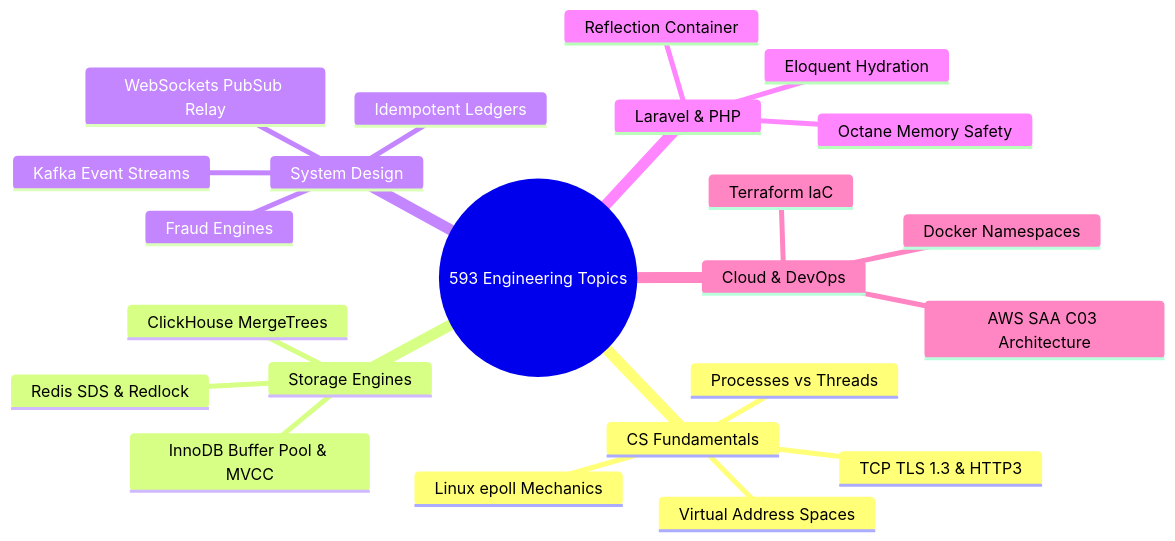
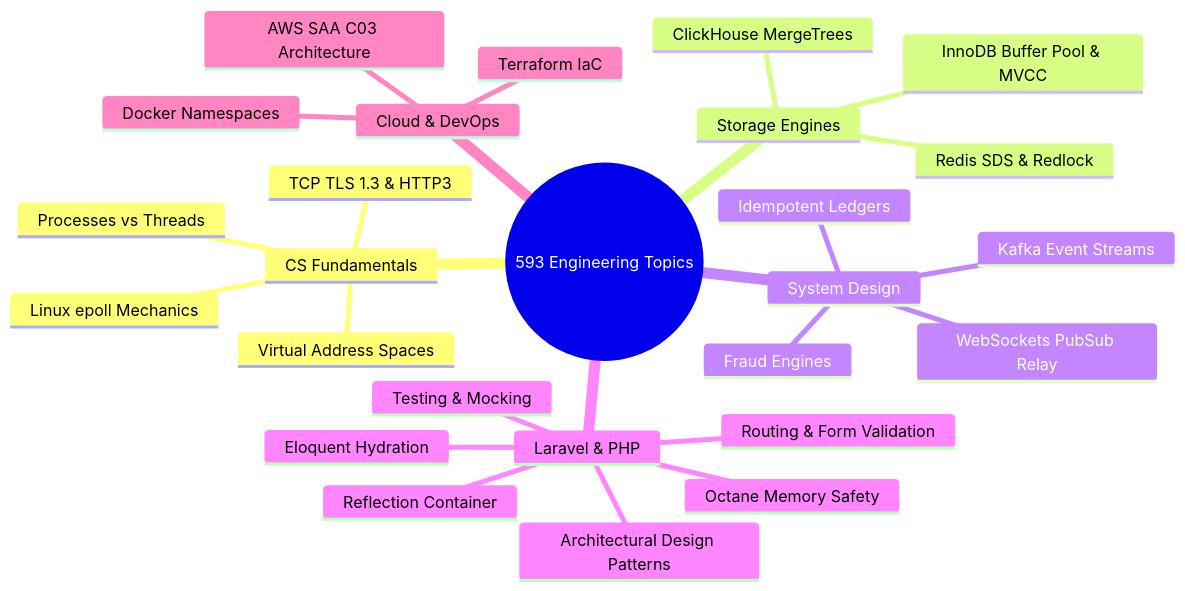
Before and after one commit to fazleyrabby/backend-engineering-mastery: the second of 2 diagrams in STUDY_GUIDE.md, drawn with Mermaid.

Commit message:
Update Laravel Mastery topics in study guide mindmap

````diff
--- a/STUDY_GUIDE.md
+++ b/STUDY_GUIDE.md
@@ -183,26 +183,29 @@
 ```mermaid
 mindmap
   root((593 Engineering Topics))
     CS Fundamentals
       Virtual Address Spaces
       Processes vs Threads
       Linux epoll Mechanics
       TCP TLS 1.3 & HTTP3
     Storage Engines
       InnoDB Buffer Pool & MVCC
       ClickHouse MergeTrees
       Redis SDS & Redlock
     System Design
       WebSockets PubSub Relay
       Idempotent Ledgers
       Kafka Event Streams
       Fraud Engines
     Laravel & PHP
       Reflection Container
       Octane Memory Safety
       Eloquent Hydration
+      Routing & Form Validation
+      Testing & Mocking
+      Architectural Design Patterns
     Cloud & DevOps
       Docker Namespaces
       AWS SAA C03 Architecture
       Terraform IaC
 ```
````
